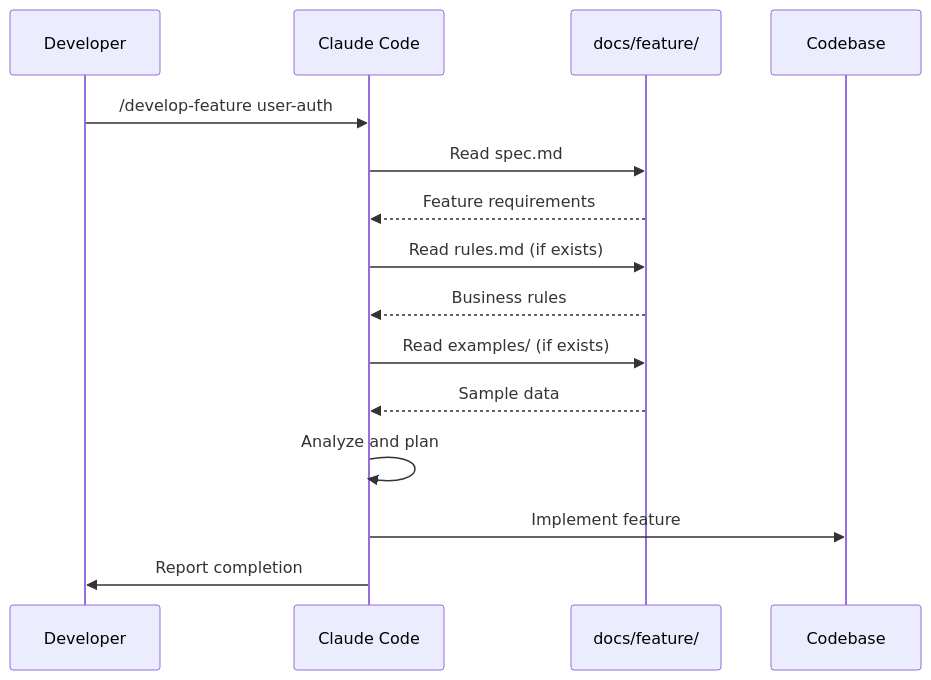
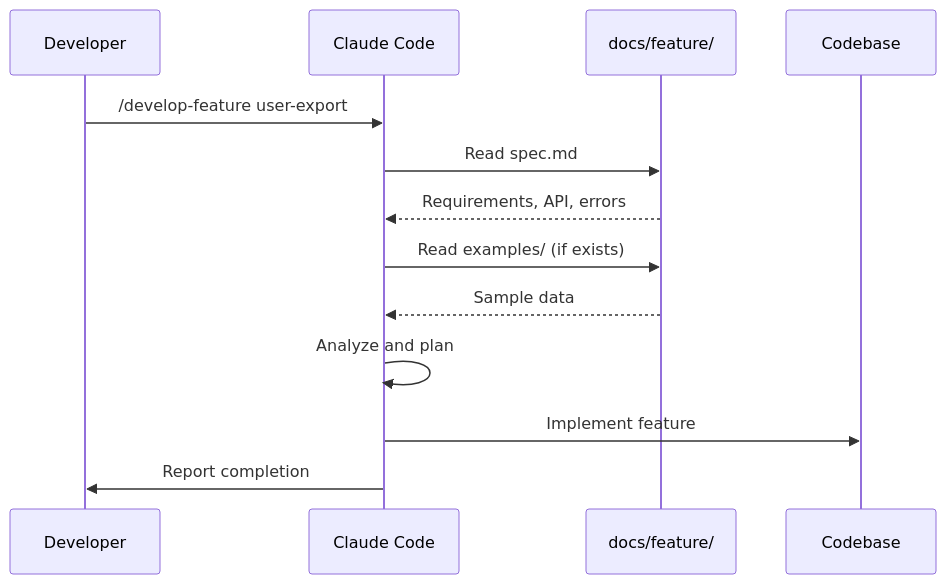
Before and after one commit to quochuydev/workflow: the fourth of 7 diagrams in docs-site/docs/workflow/overview.md, drawn with Mermaid. The commit also changed other lines of this file and 17 other files, not shown here.

````diff
--- a/docs-site/docs/workflow/overview.md
+++ b/docs-site/docs/workflow/overview.md
@@ -67,18 +84,16 @@
 ```mermaid
 sequenceDiagram
     participant Dev as Developer
     participant Claude as Claude Code
     participant Docs as docs/feature/
     participant Code as Codebase
 
-    Dev->>Claude: /develop-feature user-auth
+    Dev->>Claude: /develop-feature user-export
     Claude->>Docs: Read spec.md
-    Docs-->>Claude: Feature requirements
-    Claude->>Docs: Read rules.md (if exists)
-    Docs-->>Claude: Business rules
+    Docs-->>Claude: Requirements, API, errors
     Claude->>Docs: Read examples/ (if exists)
     Docs-->>Claude: Sample data
     Claude->>Claude: Analyze and plan
     Claude->>Code: Implement feature
     Claude->>Dev: Report completion
 ```
````
